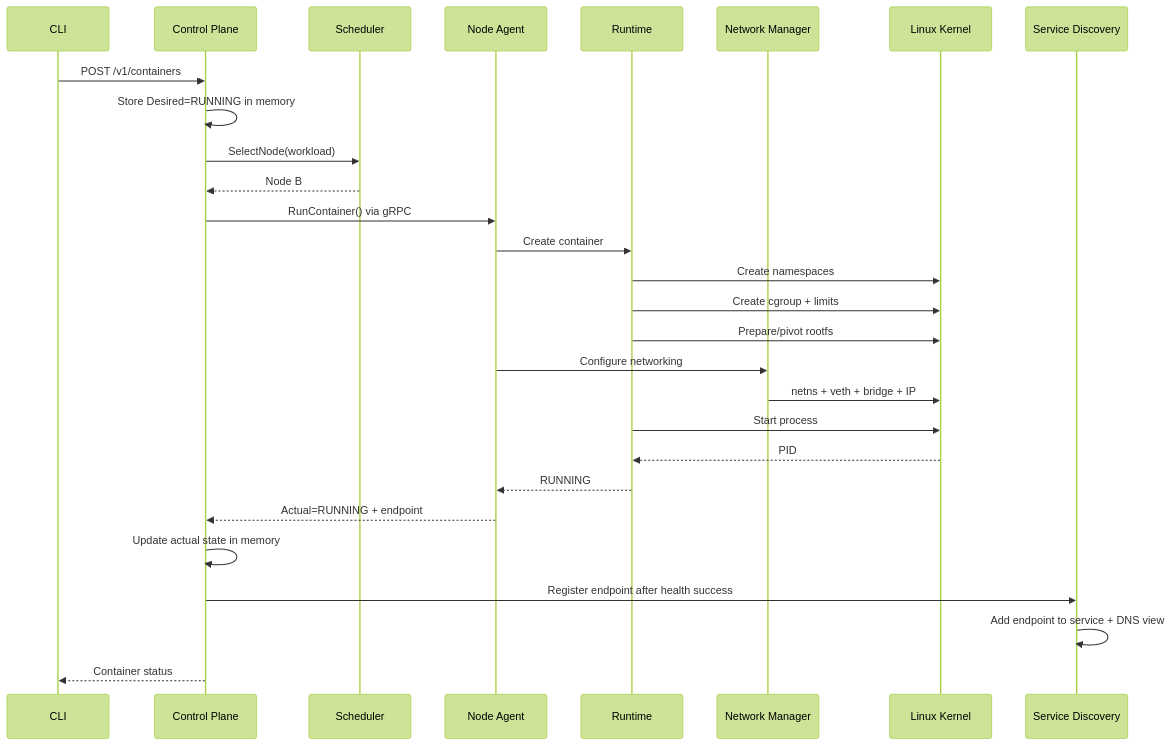
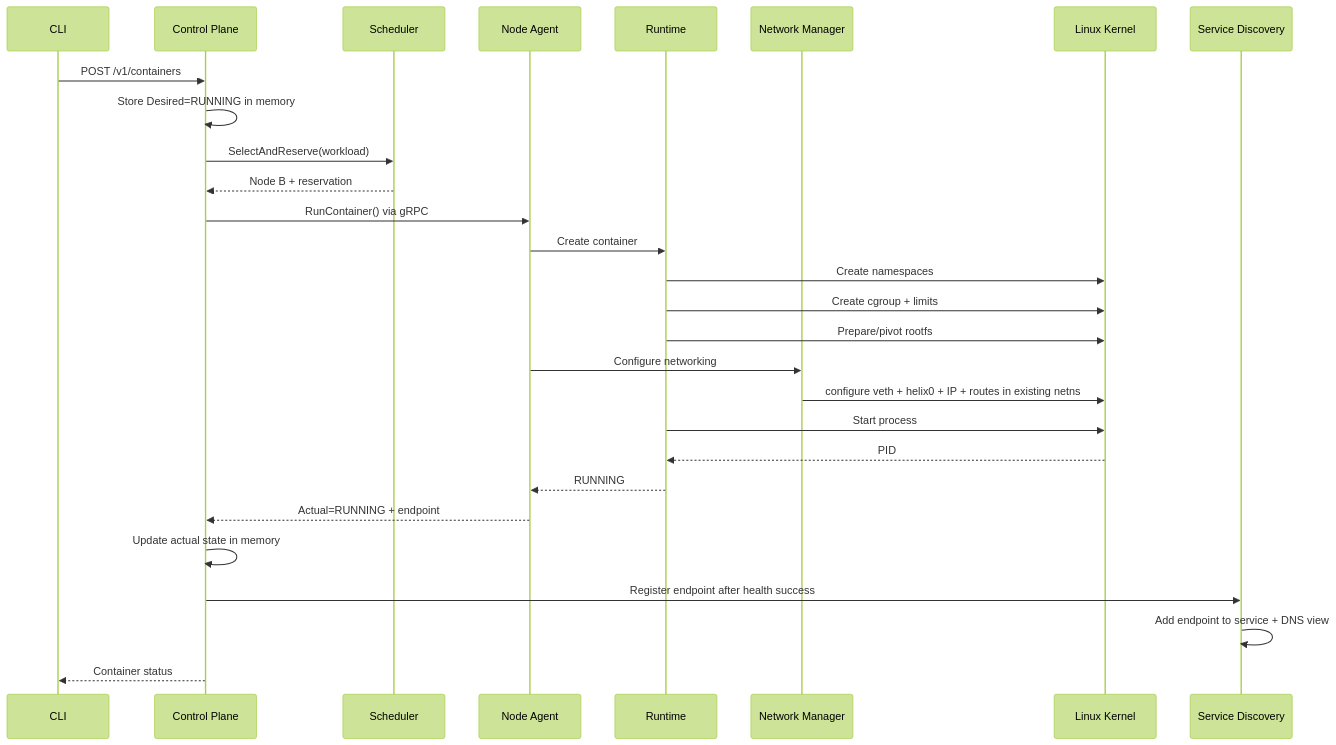
Before and after one commit to yamaankhan20/helixctl: the sixth of 8 diagrams in docs/ARCHITECTURE.md, drawn with Mermaid (forest theme). The commit also changed other lines of this file and 8 other files, not shown here.

````diff
--- a/docs/ARCHITECTURE.md
+++ b/docs/ARCHITECTURE.md
@@ -1779,31 +1842,31 @@
 ```mermaid
 sequenceDiagram
     participant U as CLI
     participant C as Control Plane
     participant S as Scheduler
     participant A as Node Agent
     participant R as Runtime
     participant N as Network Manager
     participant K as Linux Kernel
     participant D as Service Discovery
 
     U->>C: POST /v1/containers
     C->>C: Store Desired=RUNNING in memory
-    C->>S: SelectNode(workload)
-    S-->>C: Node B
+    C->>S: SelectAndReserve(workload)
+    S-->>C: Node B + reservation
     C->>A: RunContainer() via gRPC
     A->>R: Create container
     R->>K: Create namespaces
     R->>K: Create cgroup + limits
     R->>K: Prepare/pivot rootfs
     A->>N: Configure networking
-    N->>K: netns + veth + bridge + IP
+    N->>K: configure veth + helix0 + IP + routes in existing netns
     R->>K: Start process
     K-->>R: PID
     R-->>A: RUNNING
     A-->>C: Actual=RUNNING + endpoint
     C->>C: Update actual state in memory
     C->>D: Register endpoint after health success
     D->>D: Add endpoint to service + DNS view
     C-->>U: Container status
 ```
````
